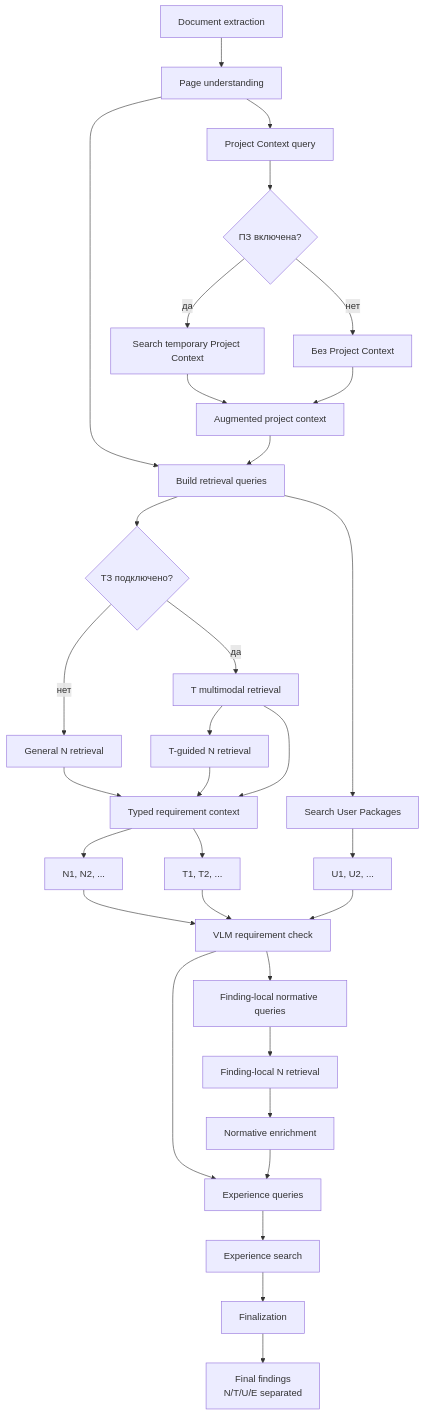
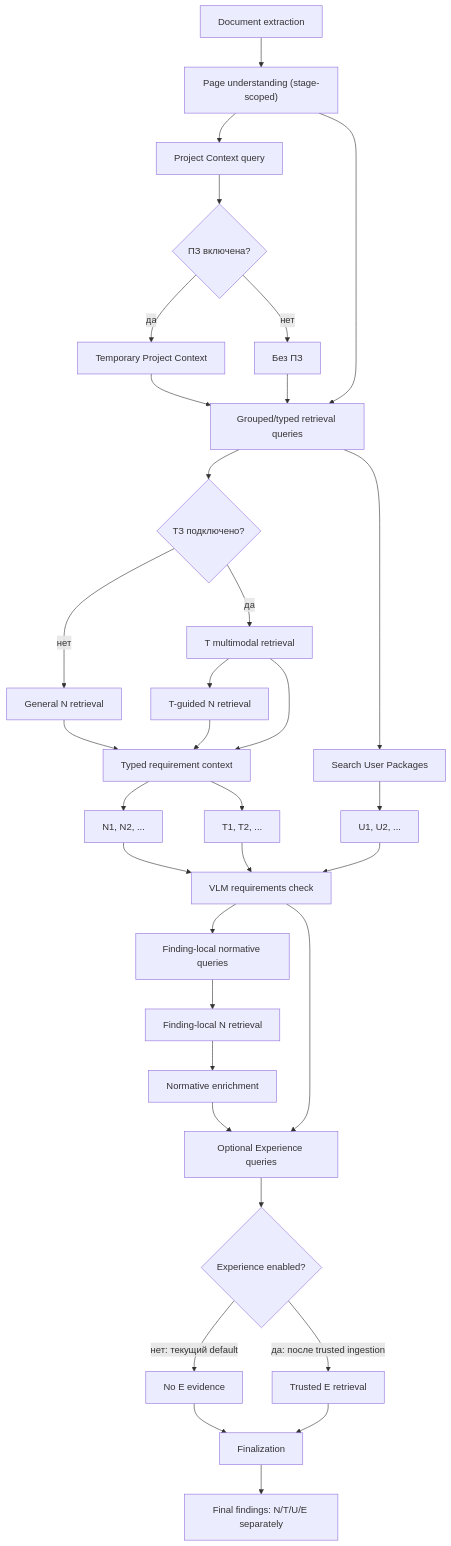
One commit to Amadu-A/PDRD-validation changed the fourth of 15 diagrams in README.md. Above: the diagram before and after it, drawn with Mermaid. The commit also changed other lines of this file and 1 other file, not shown here.

````diff
--- a/README.md
+++ b/README.md
@@ -228,43 +225,36 @@
 ```mermaid
 flowchart TD
-    DOC["Document extraction"] --> FACTS["Page understanding"]
-
+    DOC["Document extraction"] --> FACTS["Page understanding (stage-scoped)"]
     FACTS --> PZQ["Project Context query"]
     PZQ --> PZ{"ПЗ включена?"}
-    PZ -->|да| PZS["Search temporary Project Context"]
-    PZ -->|нет| EMPTY["Без Project Context"]
-    PZS --> AUG["Augmented project context"]
-    EMPTY --> AUG
-
-    FACTS --> Q["Build retrieval queries"]
-    AUG --> Q
-
+    PZ -->|да| PZS["Temporary Project Context"]
+    PZ -->|нет| EMPTY["Без ПЗ"]
+    PZS --> Q["Grouped/typed retrieval queries"]
+    EMPTY --> Q
+    FACTS --> Q
     Q --> REQ{"ТЗ подключено?"}
     REQ -->|нет| NS["General N retrieval"]
     REQ -->|да| TS["T multimodal retrieval"]
     TS --> TN["T-guided N retrieval"]
-    NS --> MERGE["Typed requirement context"]
-    TN --> MERGE
+    TN --> MERGE["Typed requirement context"]
+    NS --> MERGE
     TS --> MERGE
-
     Q --> US["Search User Packages"]
-
     MERGE --> NCTX["N1, N2, ..."]
     MERGE --> TCTX["T1, T2, ..."]
     US --> UCTX["U1, U2, ..."]
-
-    NCTX --> CHECK["VLM requirement check"]
+    NCTX --> CHECK["VLM requirements check"]
     TCTX --> CHECK
     UCTX --> CHECK
-
     CHECK --> FQ["Finding-local normative queries"]
     FQ --> FN["Finding-local N retrieval"]
     FN --> FINALCTX["Normative enrichment"]
-
-    CHECK --> EQ["Experience queries"]
+    CHECK --> EQ["Optional Experience queries"]
     FINALCTX --> EQ
-    EQ --> ES["Experience search"]
-
-    ES --> FINAL["Finalization"]
-    FINAL --> RESULT["Final findings\nN/T/U/E separated"]
+    EQ --> ENABLED{"Experience enabled?"}
+    ENABLED -->|нет: текущий default| EMPTY_E["No E evidence"]
+    ENABLED -->|да: после trusted ingestion| ES["Trusted E retrieval"]
+    EMPTY_E --> FINAL["Finalization"]
+    ES --> FINAL
+    FINAL --> RESULT["Final findings: N/T/U/E separately"]
 ```
````
